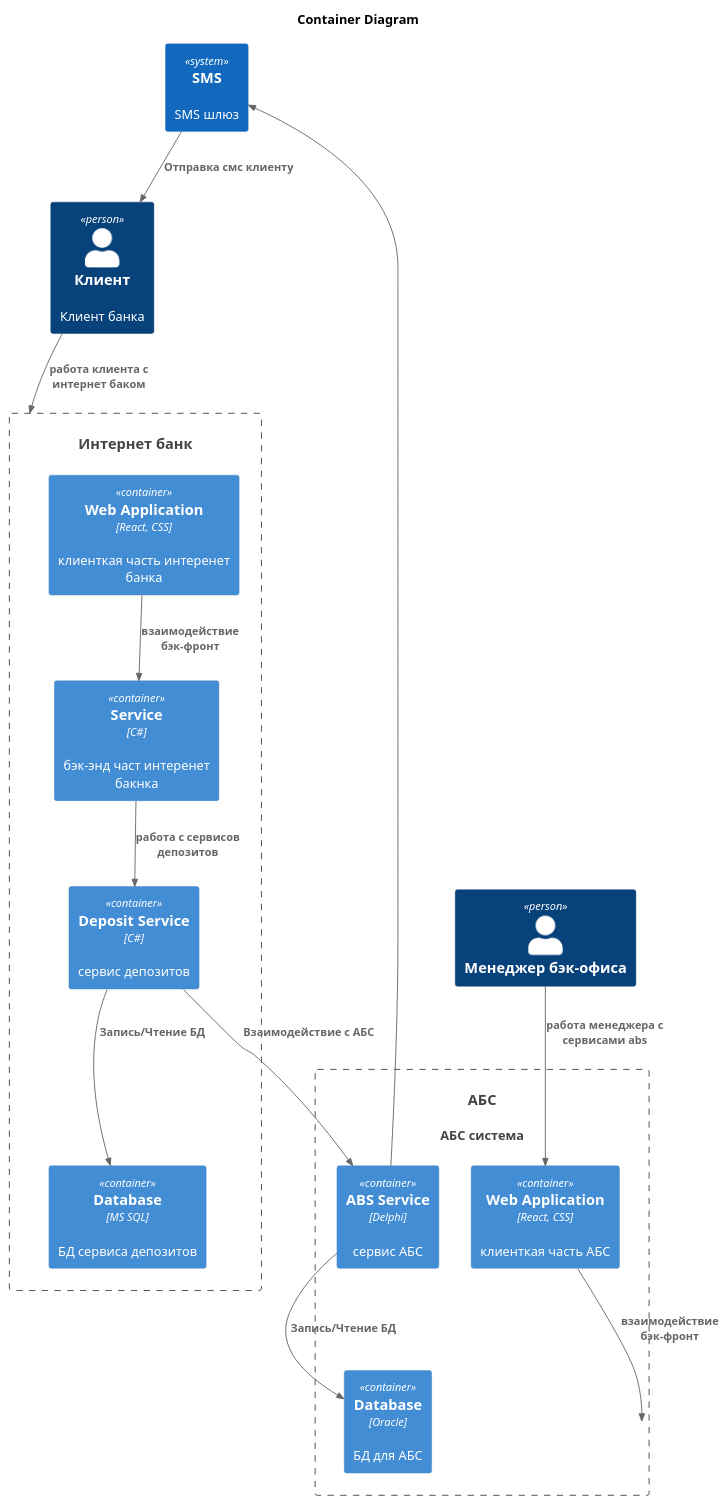
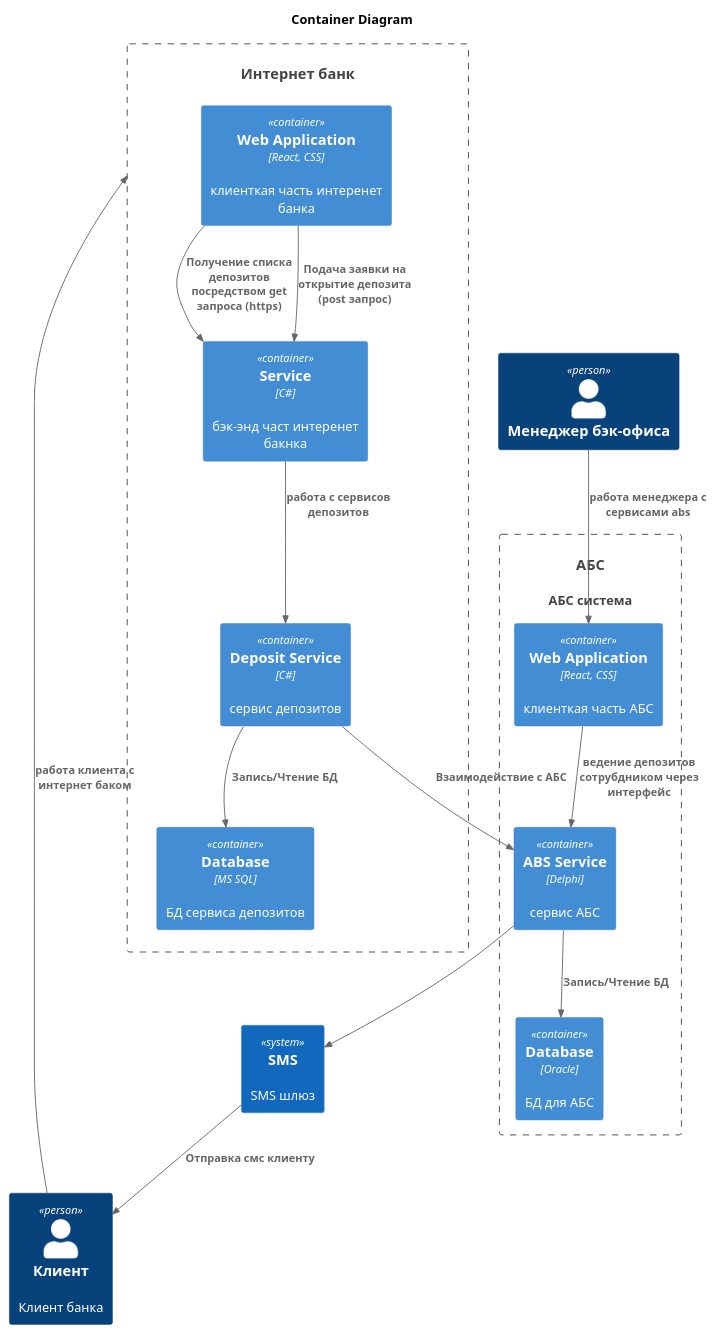
The diagram in Task3/C4_Container.puml (lvladv/architecture-standart), drawn with PlantUML before and after one commit. The commit also changed 3 other files, not shown here.

```diff
--- a/Task3/C4_Container.puml
+++ b/Task3/C4_Container.puml
@@ -1,41 +1,42 @@
 @startuml
 title Container Diagram
 
 top to bottom direction
 
 !includeurl https://raw.githubusercontent.com/RicardoNiepel/C4-PlantUML/master/C4_Component.puml
 
 Person(user, "Клиент", "Клиент банка")
 Person(backOffice, "Менеджер бэк-офиса")
 
 System(webBank, "Интернет банк")
 System(ABS, "АБС", "АБС система")
 System(SMS, "SMS", "SMS шлюз")
 
-Container_Boundary(webBank, "FitLife System") {
+Container_Boundary(webBank, "") {
   Container(WebApp, "Web Application", "React, CSS", "клиенткая часть интеренет банка")
   Container(Service, "Service", "C#", "бэк-энд част интеренет бакнка")
   Container(DepositService, "Deposit Service", "C#", "сервис депозитов")
   Container(WebBankDatabase, "Database", "MS SQL", "БД сервиса депозитов")
 }
 
-Container_Boundary(ABS, "FitLife System") {
+Container_Boundary(ABS, "") {
   Container(ABSWebApp, "Web Application", "React, CSS", "клиенткая часть АБС")
   Container(ABSService, "ABS Service", "Delphi", "сервис АБС")
   Container(Database, "Database", "Oracle", "БД для АБС")
 }
 
 Rel(user, webBank, "работа клиента с интернет баком")
 Rel(backOffice, ABSWebApp, "работа менеджера с сервисами abs")
-Rel(ABSWebApp, ABS, "взаимодействие бэк-фронт")
+Rel(WebApp, Service,"Получение списка депозитов посредством get запроса (https)")
+Rel(WebApp, Service,"Подача заявки на открытие депозита (post запрос)")
 
-Rel(WebApp, Service,"взаимодействие бэк-фронт")
+Rel(ABSWebApp, ABSService, "ведение депозитов сотрубдником через интерфейс")
 Rel(Service, DepositService,"работа с сервисов депозитов")
 Rel(DepositService, WebBankDatabase, "Запись/Чтение БД")
 
 Rel(DepositService, ABSService, "Взаимодействие с АБС")
 Rel(ABSService, Database, "Запись/Чтение БД")
 
 Rel(ABSService, SMS, "")
 Rel(SMS, user, "Отправка смс клиенту")
 @enduml
```
